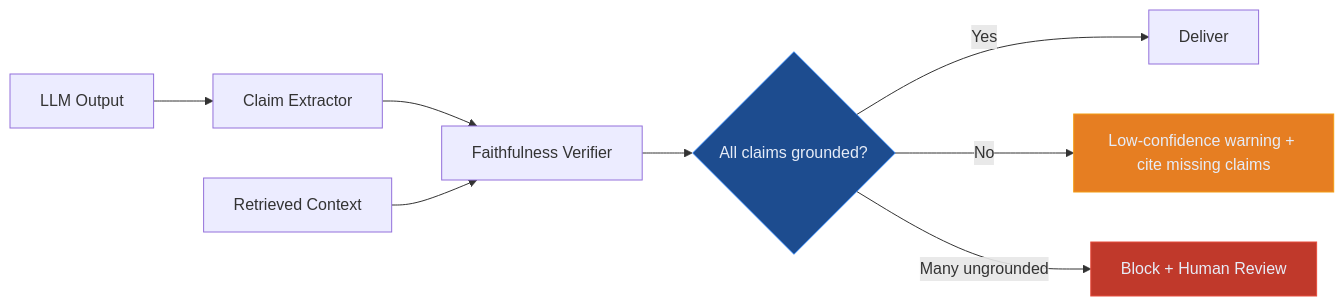
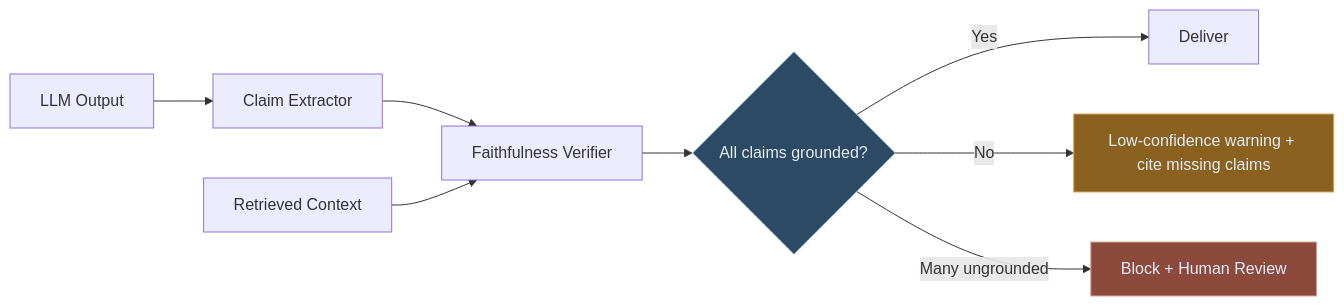
One commit to lorvexai/lorvexai changed the fourth of 5 diagrams in blog/guardrails-for-enterprise-ai.md. Above: the diagram before and after it, drawn with Mermaid. The commit also changed other lines of this file and 16 other files, not shown here.

First line of the commit message:
Retune hardcoded Mermaid node colors to match the site palette

````diff
--- a/blog/guardrails-for-enterprise-ai.md
+++ b/blog/guardrails-for-enterprise-ai.md
@@ -116,14 +116,14 @@
 ```mermaid
 flowchart LR
     LO[LLM Output] --> CE[Claim Extractor]
     CE --> FV[Faithfulness Verifier]
     RC[Retrieved Context] --> FV
     FV --> SC{All claims grounded?}
     SC -->|Yes| DE[Deliver]
     SC -->|No| LW[Low-confidence warning + cite missing claims]
     SC -->|Many ungrounded| BL[Block + Human Review]
 
-    style SC fill:#1D4C8F,stroke:#2F80ED,color:#E6ECF7
-    style LW fill:#E67E22,stroke:#f39c12,color:#E6ECF7
-    style BL fill:#C0392B,stroke:#e74c3c,color:#E6ECF7
+    style SC fill:#2C4A63,stroke:#8FB2CC,color:#E6ECF7
+    style LW fill:#8A611F,stroke:#D9A75C,color:#E6ECF7
+    style BL fill:#8C4A3D,stroke:#D6A697,color:#E6ECF7
 ```
````
